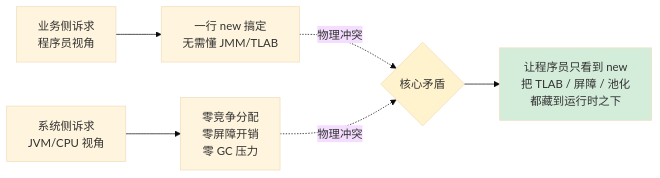
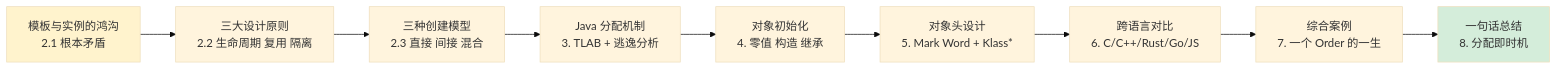
Before and after one commit to chongyang211/YCBookBlog: the second of 29 diagrams in docs/10.专栏/02.程序编程原理/03.运行时模型/02.对象创建流程原理.md, drawn with Mermaid (base theme). The commit also changed other lines of this file and 34 other files, not shown here.

````diff
--- a/docs/10.专栏/02.程序编程原理/03.运行时模型/02.对象创建流程原理.md
+++ b/docs/10.专栏/02.程序编程原理/03.运行时模型/02.对象创建流程原理.md
@@ -262,10 +226,13 @@
 ```mermaid
 flowchart LR
-    A[业务侧诉求<br/>程序员视角] --> A1[一行 new 搞定<br/>无需懂 JMM/TLAB]
-    B[系统侧诉求<br/>JVM/CPU 视角] --> B1[零竞争分配<br/>零屏障开销<br/>零 GC 压力]
-    A1 -.物理冲突.-> C{核心矛盾}
-    B1 -.物理冲突.-> C
-    C --> D[让程序员只看到 new<br/>把 TLAB / 屏障 / 池化<br/>都藏到运行时之下]
-    style D fill:#d4edda
-    style C fill:#fff3cd
+    A[模板与实例的鸿沟<br/>2.1 根本矛盾] --> B[三大设计原则<br/>2.2 生命周期 复用 隔离]
+    B --> C[三种创建模型<br/>2.3 直接 间接 混合]
+    C --> D[Java 分配机制<br/>3. TLAB + 逃逸分析]
+    D --> E[对象初始化<br/>4. 零值 构造 继承]
+    E --> F[对象头设计<br/>5. Mark Word + Klass*]
+    F --> G[跨语言对比<br/>6. C/C++/Rust/Go/JS]
+    G --> H[综合案例<br/>7. 一个 Order 的一生]
+    H --> I[一句话总结<br/>8. 分配即时机]
+    style A fill:#fff3cd
+    style I fill:#d4edda
 ```
````
